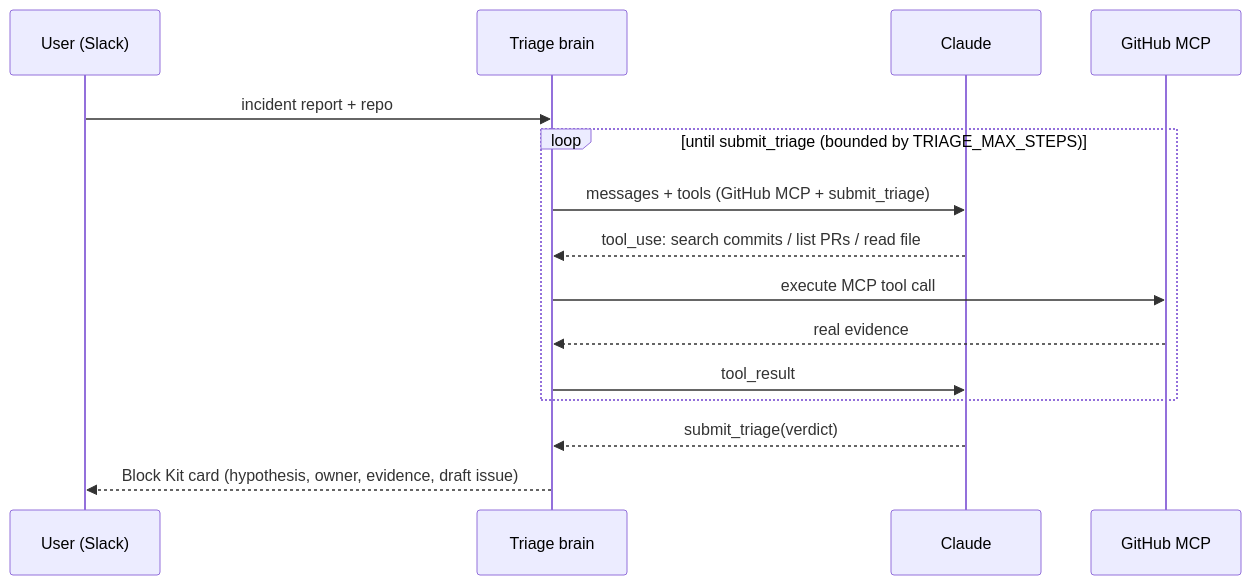
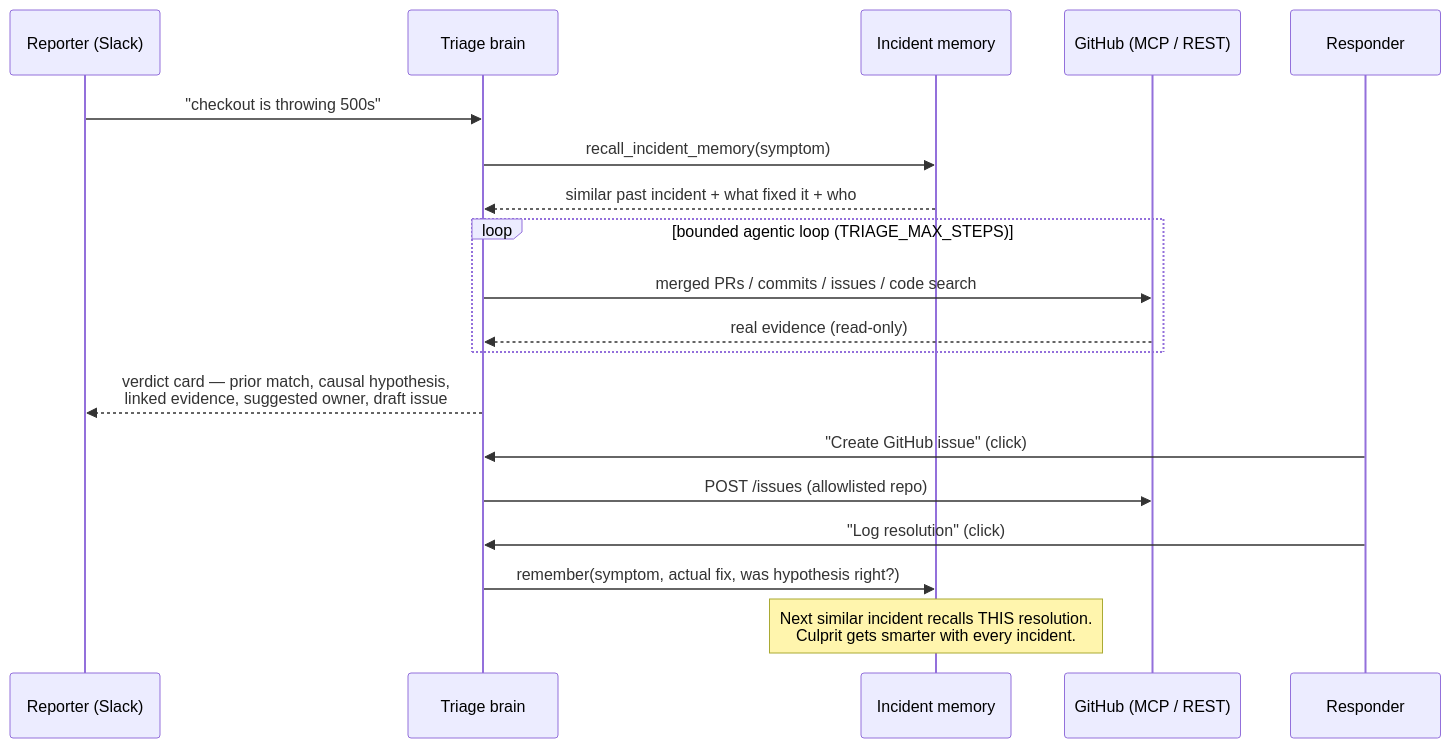
One commit to Uthmannabeel/culprit changed the second of 2 diagrams in architecture_diagram.md. Above: the diagram before and after it, drawn with Mermaid. The commit also changed other lines of this file and 6 other files, not shown here.

````diff
--- a/architecture_diagram.md
+++ b/architecture_diagram.md
@@ -39,18 +47,22 @@
 ```mermaid
 sequenceDiagram
-    participant U as User (Slack)
+    participant U as Reporter (Slack)
     participant B as Triage brain
-    participant C as Claude
-    participant G as GitHub MCP
+    participant M as Incident memory
+    participant G as GitHub (MCP / REST)
+    participant R as Responder
 
-    U->>B: incident report + repo
-    loop until submit_triage (bounded by TRIAGE_MAX_STEPS)
-        B->>C: messages + tools (GitHub MCP + submit_triage)
-        C-->>B: tool_use: search commits / list PRs / read file
-        B->>G: execute MCP tool call
-        G-->>B: real evidence
-        B->>C: tool_result
+    U->>B: "checkout is throwing 500s"
+    B->>M: recall_incident_memory(symptom)
+    M-->>B: similar past incident + what fixed it + who
+    loop bounded agentic loop (TRIAGE_MAX_STEPS)
+        B->>G: merged PRs / commits / issues / code search
+        G-->>B: real evidence (read-only)
     end
-    C-->>B: submit_triage(verdict)
-    B-->>U: Block Kit card (hypothesis, owner, evidence, draft issue)
+    B-->>U: verdict card — prior match, causal hypothesis,<br/>linked evidence, suggested owner, draft issue
+    R->>B: "Create GitHub issue" (click)
+    B->>G: POST /issues (allowlisted repo)
+    R->>B: "Log resolution" (click)
+    B->>M: remember(symptom, actual fix, was hypothesis right?)
+    Note over M: Next similar incident recalls THIS resolution.<br/>Culprit gets smarter with every incident.
 ```
````
